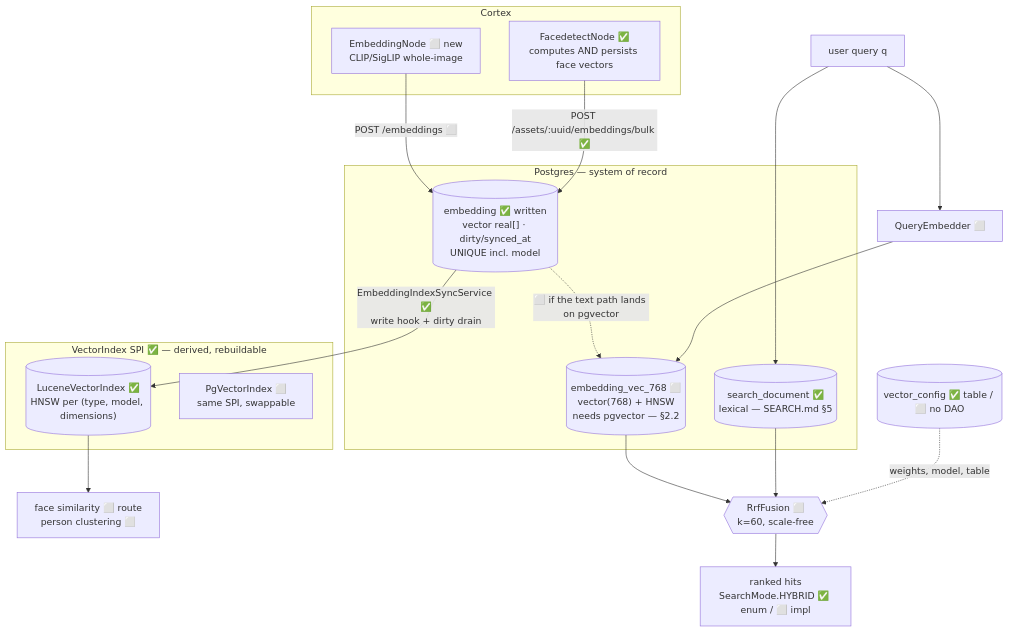
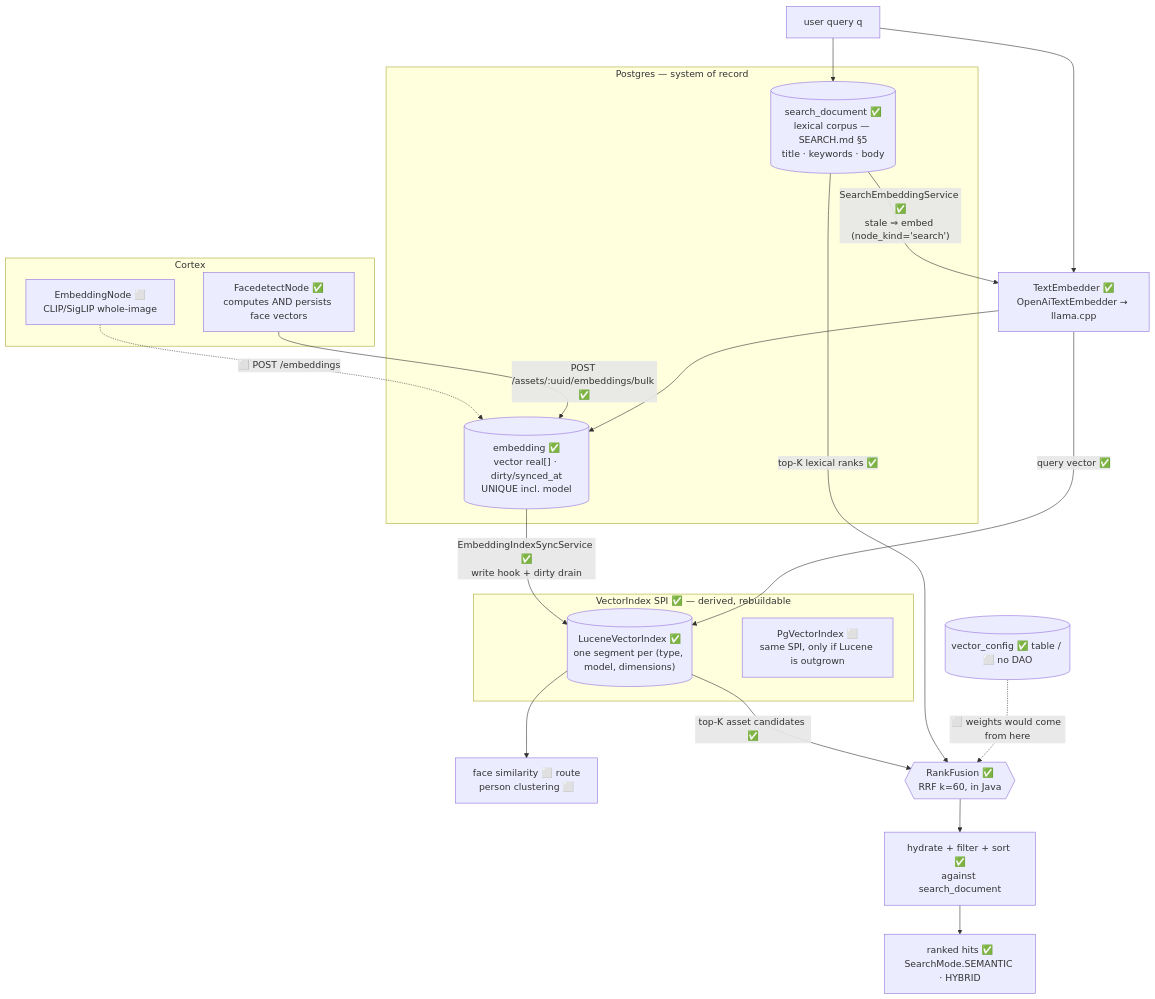
Before and after one commit to metaloom/metaloom: the diagram in spec/features/search/SEMANTIC_SEARCH.md, drawn with Mermaid. The commit also changed other lines of this file and 196 other files, not shown here.

Commit message:
Add missing screenshots, consistency/integrity check, search index admin page

````diff
--- a/spec/features/search/SEMANTIC_SEARCH.md
+++ b/spec/features/search/SEMANTIC_SEARCH.md
@@ -117,34 +152,35 @@
 ```mermaid
 graph TB
     subgraph cortex["Cortex"]
-        EN["EmbeddingNode ⬜ new<br/>CLIP/SigLIP whole-image"]
+        EN["EmbeddingNode ⬜<br/>CLIP/SigLIP whole-image"]
         FD["FacedetectNode ✅<br/>computes AND persists face vectors"]
     end
-    EN -->|"POST /embeddings ⬜"| EMB
+    EN -.->|"⬜ POST /embeddings"| EMB
     FD -->|"POST /assets/:uuid/embeddings/bulk ✅"| EMB
 
     subgraph pg["Postgres — system of record"]
-        EMB[("embedding ✅ written<br/>vector real[] · dirty/synced_at<br/>UNIQUE incl. model")]
-        DOC[("search_document ✅<br/>lexical — SEARCH.md §5")]
-        VEC[("embedding_vec_768 ⬜<br/>vector(768) + HNSW<br/>needs pgvector — §2.2")]
+        DOC[("search_document ✅<br/>lexical corpus — SEARCH.md §5<br/>title · keywords · body")]
+        EMB[("embedding ✅<br/>vector real[] · dirty/synced_at<br/>UNIQUE incl. model")]
     end
 
+    DOC -->|"SearchEmbeddingService ✅<br/>stale ⇒ embed (node_kind='search')"| HOST
+    HOST["TextEmbedder ✅<br/>OpenAiTextEmbedder → llama.cpp"] --> EMB
     EMB -->|"EmbeddingIndexSyncService ✅<br/>write hook + dirty drain"| LVI
-    EMB -.->|"⬜ if the text path lands on pgvector"| VEC
 
     subgraph idx["VectorIndex SPI ✅ — derived, rebuildable"]
-        LVI[("LuceneVectorIndex ✅<br/>HNSW per (type, model, dimensions)")]
-        PVI["PgVectorIndex ⬜<br/>same SPI, swappable"]
+        LVI[("LuceneVectorIndex ✅<br/>one segment per (type, model, dimensions)")]
+        PVI["PgVectorIndex ⬜<br/>same SPI, only if Lucene is outgrown"]
     end
 
     LVI --> FACE["face similarity ⬜ route<br/>person clustering ⬜"]
 
-    Q["user query q"] --> QE["QueryEmbedder ⬜"]
-    QE --> VEC
+    Q["user query q"] --> HOST
+    HOST -->|"query vector ✅"| LVI
     Q --> DOC
-    VEC --> RRF{{"RrfFusion ⬜<br/>k=60, scale-free"}}
-    DOC --> RRF
-    RRF --> RES["ranked hits<br/>SearchMode.HYBRID ✅ enum / ⬜ impl"]
+    LVI -->|"top-K asset candidates ✅"| RRF
+    DOC -->|"top-K lexical ranks ✅"| RRF
+    RRF{{"RankFusion ✅<br/>RRF k=60, in Java"}} --> HYD["hydrate + filter + sort ✅<br/>against search_document"]
+    HYD --> RES["ranked hits ✅<br/>SearchMode.SEMANTIC · HYBRID"]
 
-    VC[("vector_config ✅ table / ⬜ no DAO")] -.->|"weights, model, table"| RRF
+    VC[("vector_config ✅ table / ⬜ no DAO")] -.->|"⬜ weights would come from here"| RRF
 ```
````
